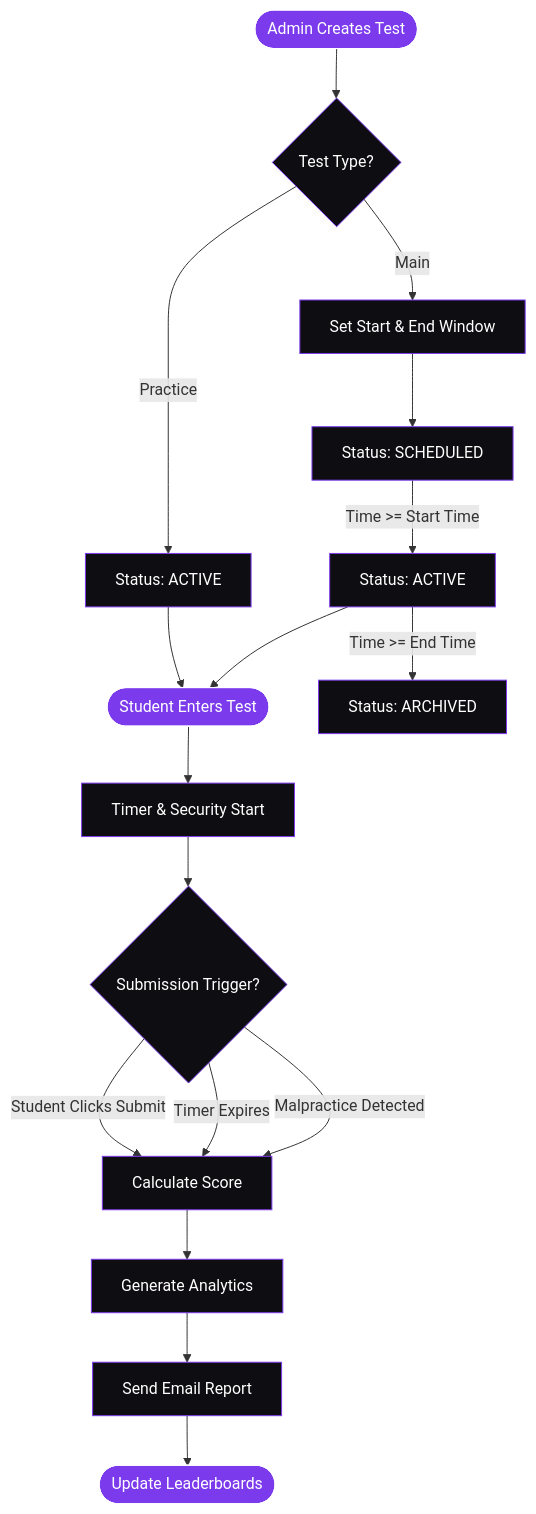
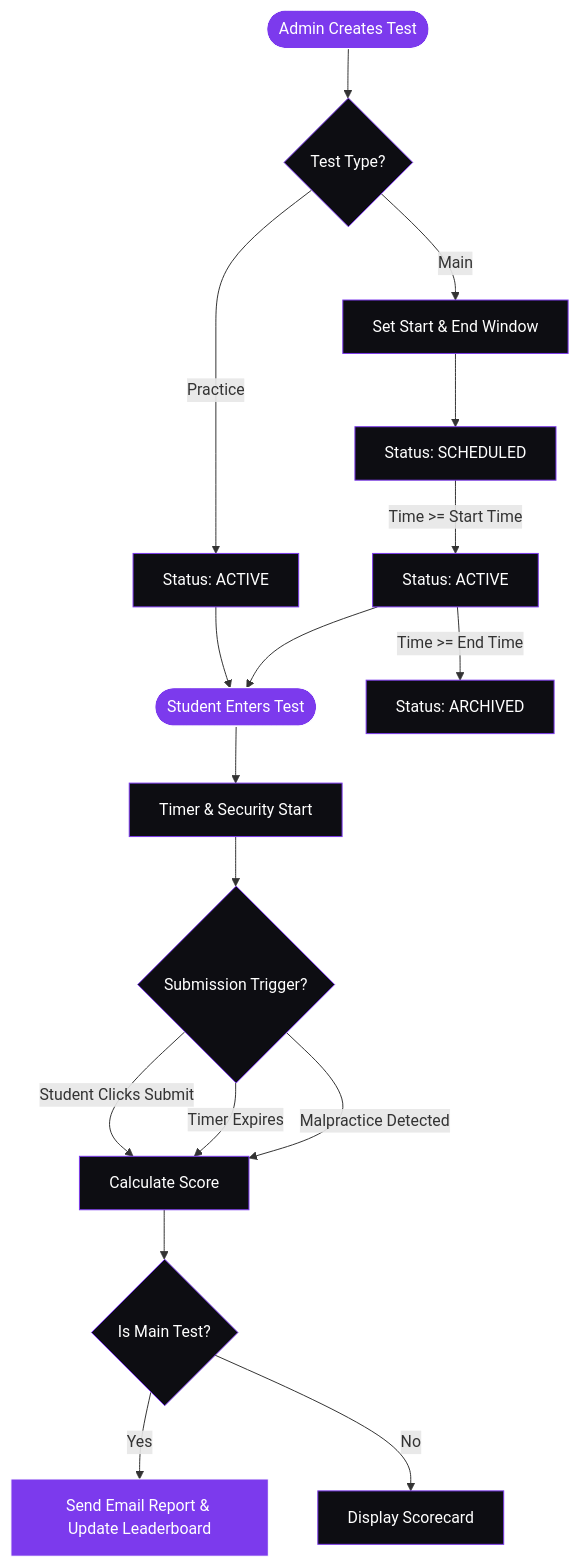
Before and after one commit to Nishantsg3/LearnIQ: the third of 3 diagrams in README.md, drawn with Mermaid. The commit also changed other lines of this file, not shown here.

Commit message:
docs: refine README diagrams based on exact project logic and user-provided designs

````diff
--- a/README.md
+++ b/README.md
@@ -176,33 +208,33 @@
 ```mermaid
 flowchart TD
     %% Admin Phase
     A([Admin Creates Test]) --> B{Test Type?}
     B -->|Practice| C[Status: ACTIVE]
     B -->|Main| D[Set Start & End Window]
     D --> E[Status: SCHEDULED]
     
     E -->|Time >= Start Time| F[Status: ACTIVE]
     
     %% Student Phase
     C --> G([Student Enters Test])
     F --> G
     
     G --> H[Timer & Security Start]
     H --> I{Submission Trigger?}
     
     I -->|Student Clicks Submit| J[Calculate Score]
     I -->|Timer Expires| J
     I -->|Malpractice Detected| J
     
     %% Resolution Phase
-    J --> K[Generate Analytics]
-    K --> L[Send Email Report]
-    L --> M([Update Leaderboards])
+    J --> K{Is Main Test?}
+    K -->|Yes| L[Send Email Report & Update Leaderboard]
+    K -->|No| M[Display Scorecard]
     
     %% Expiry
     F -->|Time >= End Time| N[Status: ARCHIVED]
     
     classDef default fill:#0d0d12,stroke:#7c3aed,stroke-width:1px,color:#fff;
     classDef highlight fill:#7c3aed,stroke:#fff,stroke-width:1px,color:#fff;
-    class A,G,M highlight;
+    class A,G,L highlight;
 ```
````
